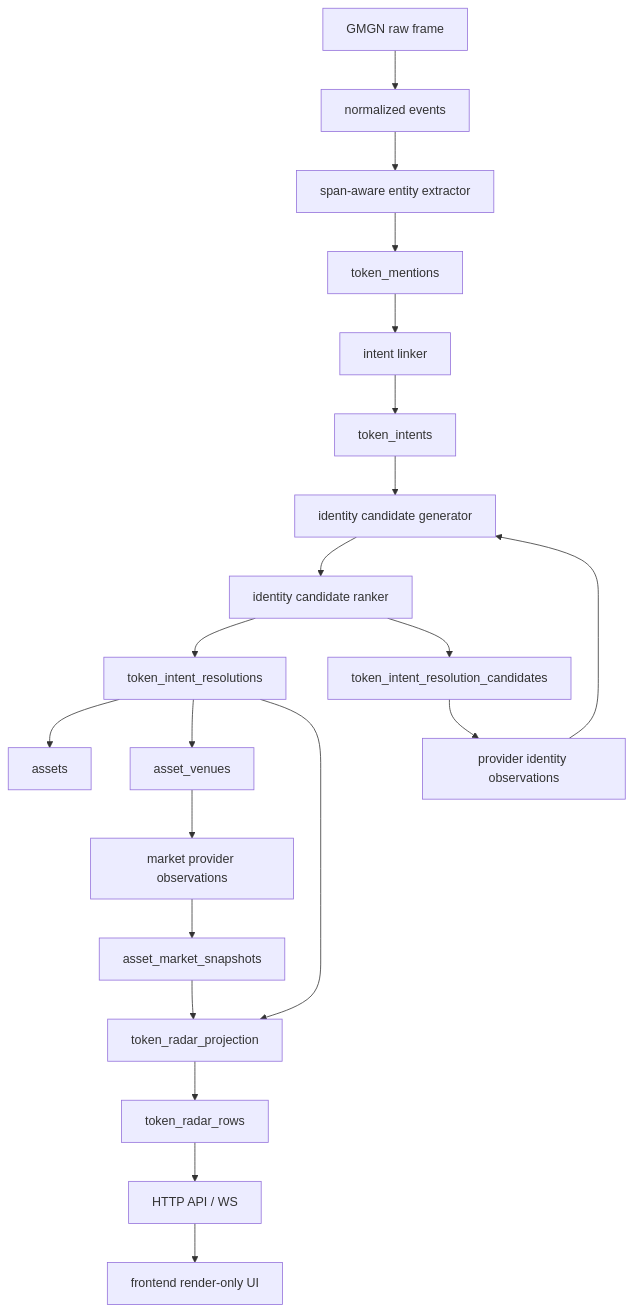
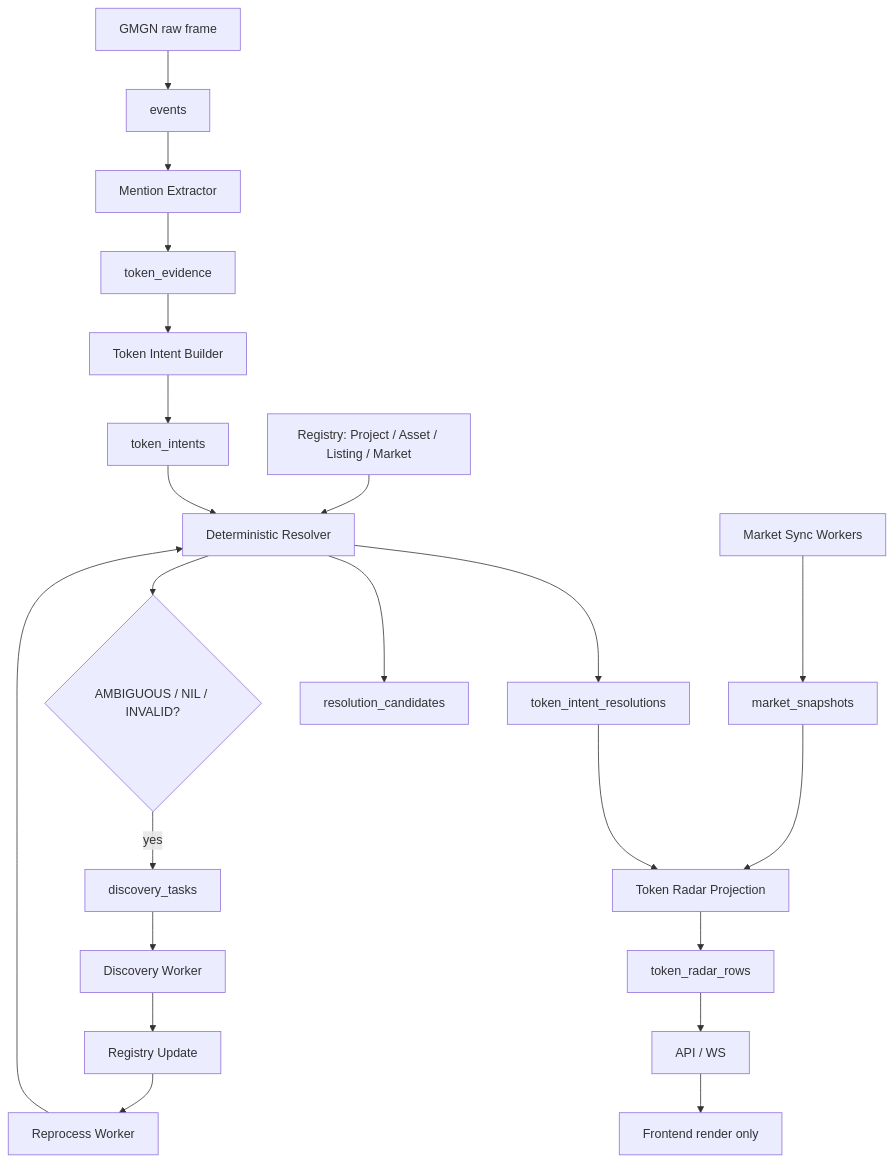
Before and after one commit to AnalyThothAI/parallax: the diagram in docs/2026-05-07-token-radar-v4-entity-linking-production-spec-cn.md, drawn with Mermaid. The commit also changed other lines of this file and 1 other file, not shown here.

Commit message:
docs: rewrite token radar v4 deterministic resolver plan

````diff
--- a/docs/2026-05-07-token-radar-v4-entity-linking-production-spec-cn.md
+++ b/docs/2026-05-07-token-radar-v4-entity-linking-production-spec-cn.md
@@ -71,23 +187,24 @@
 ```mermaid
 flowchart TD
-  A["GMGN raw frame"] --> B["normalized events"]
-  B --> C["span-aware entity extractor"]
-  C --> D["token_mentions"]
-  D --> E["intent linker"]
+  A["GMGN raw frame"] --> B["events"]
+  B --> C["Mention Extractor"]
+  C --> D["token_evidence"]
+  D --> E["Token Intent Builder"]
   E --> F["token_intents"]
-  F --> G["identity candidate generator"]
-  G --> H["identity candidate ranker"]
-  H --> I["token_intent_resolutions"]
-  H --> J["token_intent_resolution_candidates"]
-  I --> K["assets"]
-  I --> L["asset_venues"]
-  J --> M["provider identity observations"]
-  M --> G
-  L --> N["market provider observations"]
-  N --> O["asset_market_snapshots"]
-  I --> P["token_radar_projection"]
-  O --> P
-  P --> Q["token_radar_rows"]
-  Q --> R["HTTP API / WS"]
-  R --> S["frontend render-only UI"]
+  F --> G["Deterministic Resolver"]
+  H["Registry: Project / Asset / Listing / Market"] --> G
+  G --> I["token_intent_resolutions"]
+  G --> J["resolution_candidates"]
+  G --> K{"AMBIGUOUS / NIL / INVALID?"}
+  K -->|yes| L["discovery_tasks"]
+  L --> M["Discovery Worker"]
+  M --> N["Registry Update"]
+  N --> O["Reprocess Worker"]
+  O --> G
+  P["Market Sync Workers"] --> Q["market_snapshots"]
+  I --> R["Token Radar Projection"]
+  Q --> R
+  R --> S["token_radar_rows"]
+  S --> T["API / WS"]
+  T --> U["Frontend render only"]
 ```
````
